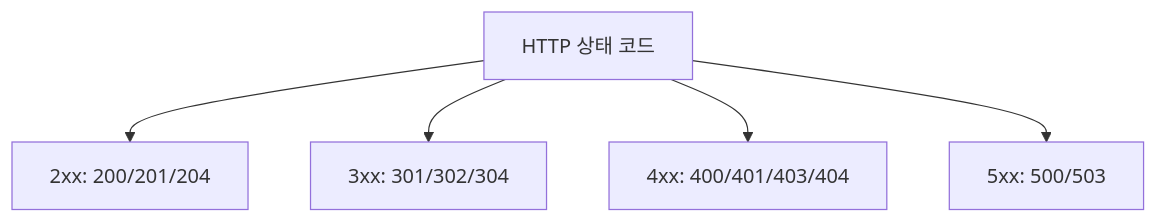
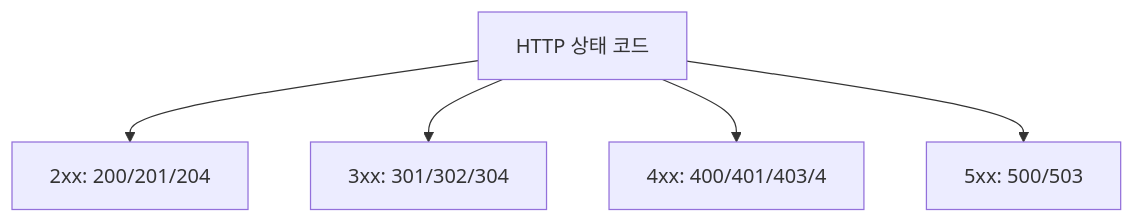
The first of 4 diagrams in _posts/http/2021-01-14-http-4.md (yjkim2015/yjkim2015.github.io), drawn with Mermaid before and after one commit. The commit also changed 271 other files, not shown here.

First line of the commit message:
Mermaid 라벨 축소: 긴 노드 텍스트 18자 이하로 트림 + \n 제거

````diff
--- a/_posts/http/2021-01-14-http-4.md
+++ b/_posts/http/2021-01-14-http-4.md
@@ -26,7 +26,7 @@
 ```mermaid
 graph TD
     A["HTTP 상태 코드"] --> C["2xx: 200/201/204"]
     A --> D["3xx: 301/302/304"]
-    A --> E["4xx: 400/401/403/404"]
+    A --> E["4xx: 400/401/403/4"]
     A --> F["5xx: 500/503"]
 ```
````
